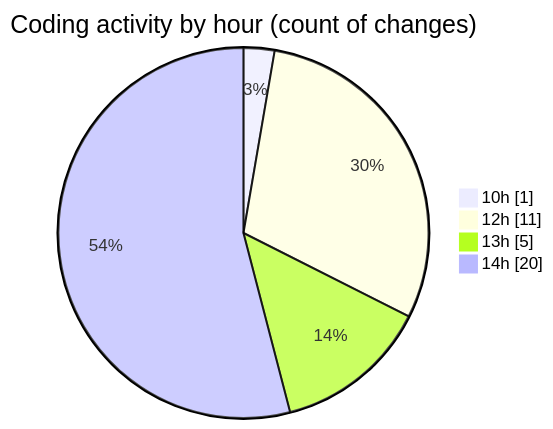
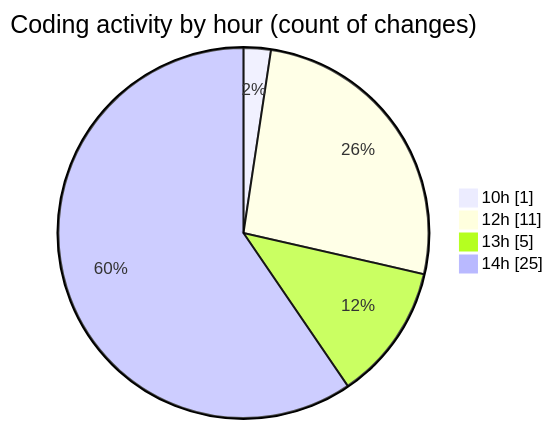
Before and after one commit to nxtqubesakshisongat/code-tracking: the second of 2 diagrams in 2026-01-12/nxtqube_webapp/README.md, drawn with Mermaid. The commit also changed other lines of this file and 1 other file, not shown here.

````diff
--- a/2026-01-12/nxtqube_webapp/README.md
+++ b/2026-01-12/nxtqube_webapp/README.md
@@ -37,8 +37,8 @@
 ```mermaid
 pie showData
 title Coding activity by hour (count of changes)
 "10h" : 1
 "12h" : 11
 "13h" : 5
-"14h" : 20
+"14h" : 25
 ```
````
